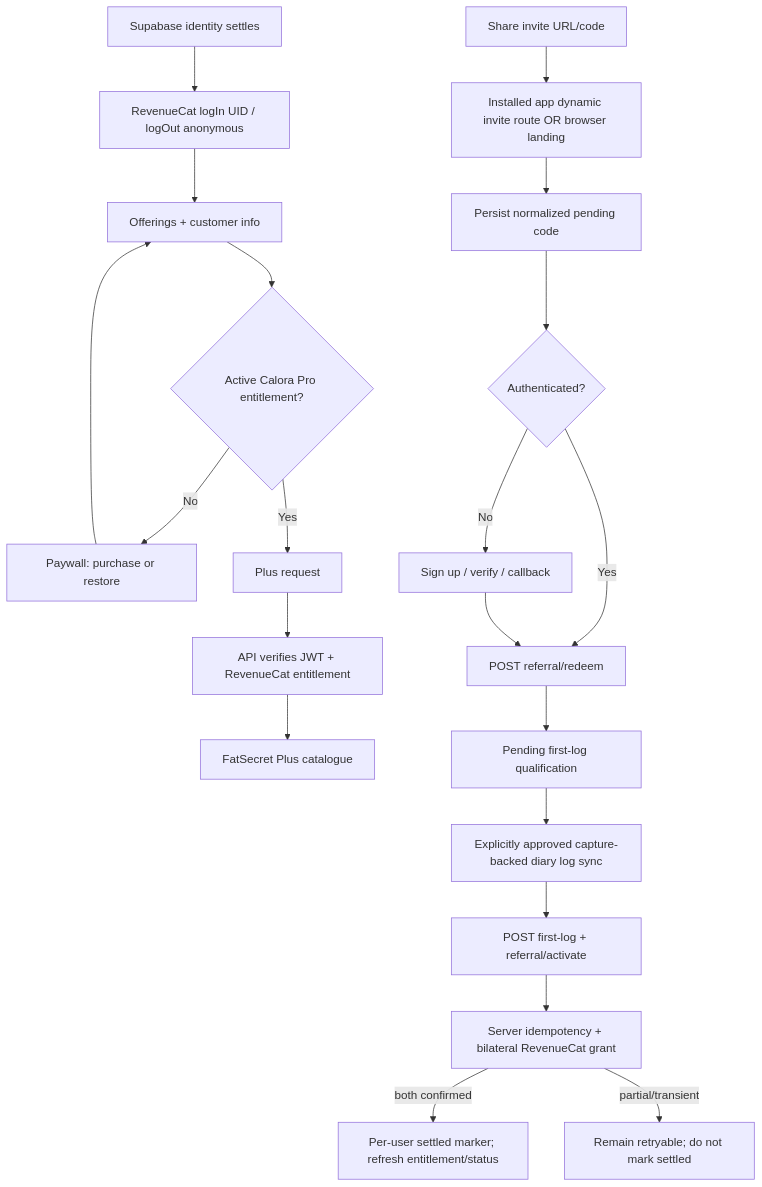
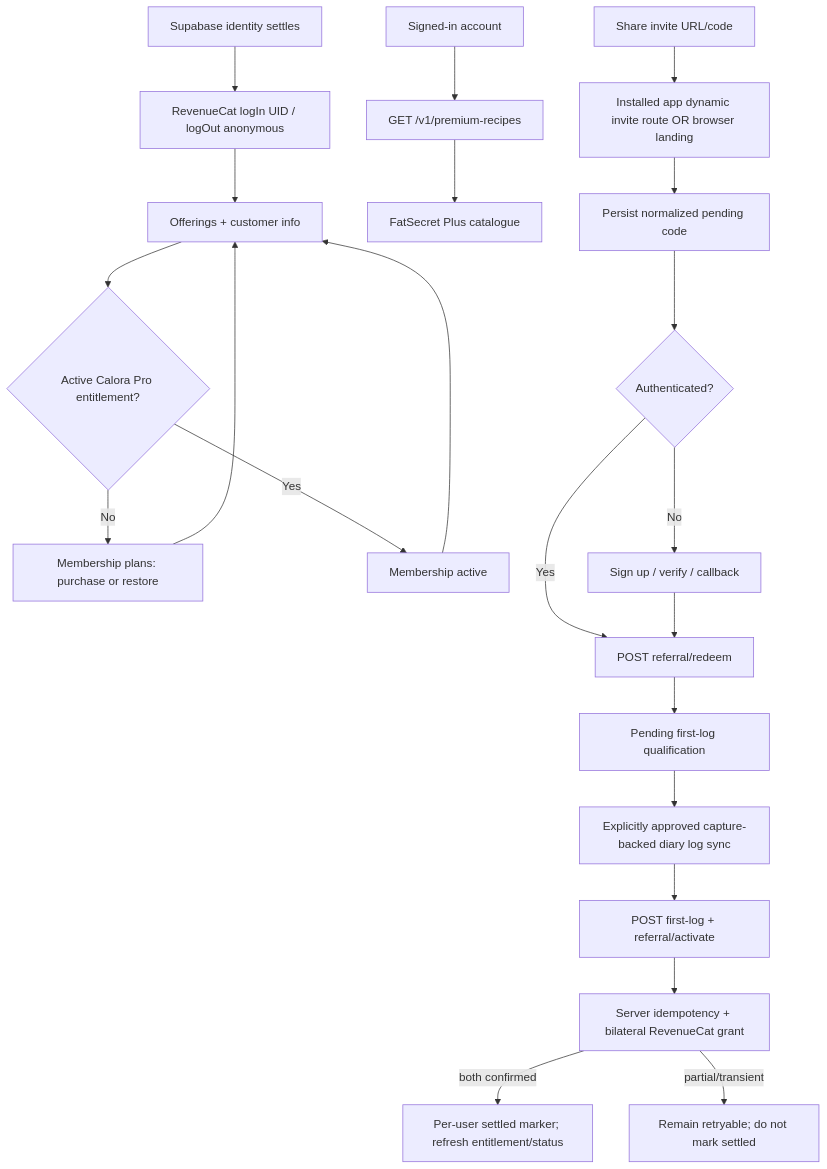
The fifth of 5 diagrams in 17_CALORA_COMPLETE_USER_FLOW_FORENSIC_MAP.md (atembekong-hash/Calora), drawn with Mermaid before and after one commit. The commit also changed other lines of this file and 4 other files, not shown here.

Commit message:
docs(api): align Plus signed-in access contract (#109)

````diff
--- a/17_CALORA_COMPLETE_USER_FLOW_FORENSIC_MAP.md
+++ b/17_CALORA_COMPLETE_USER_FLOW_FORENSIC_MAP.md
@@ -706,24 +705,25 @@
 ```mermaid
 flowchart TD
   A[Supabase identity settles] --> B[RevenueCat logIn UID / logOut anonymous]
   B --> C[Offerings + customer info]
   C --> D{Active Calora Pro entitlement?}
-  D -->|No| E[Paywall: purchase or restore]
+  D -->|No| E[Membership plans: purchase or restore]
   E --> C
-  D -->|Yes| F[Plus request]
-  F --> G[API verifies JWT + RevenueCat entitlement]
-  G --> H[FatSecret Plus catalogue]
+  D -->|Yes| F[Membership active]
+  F --> C
+  P1[Signed-in account] --> P2[GET /v1/premium-recipes]
+  P2 --> P3[FatSecret Plus catalogue]
 
   I[Share invite URL/code] --> J[Installed app dynamic invite route OR browser landing]
   J --> K[Persist normalized pending code]
   K --> L{Authenticated?}
   L -->|No| M[Sign up / verify / callback]
   L -->|Yes| N[POST referral/redeem]
   M --> N
   N --> O[Pending first-log qualification]
   O --> P[Explicitly approved capture-backed diary log sync]
   P --> Q[POST first-log + referral/activate]
   Q --> R[Server idempotency + bilateral RevenueCat grant]
   R -->|both confirmed| S[Per-user settled marker; refresh entitlement/status]
   R -->|partial/transient| T[Remain retryable; do not mark settled]
 ```
````
